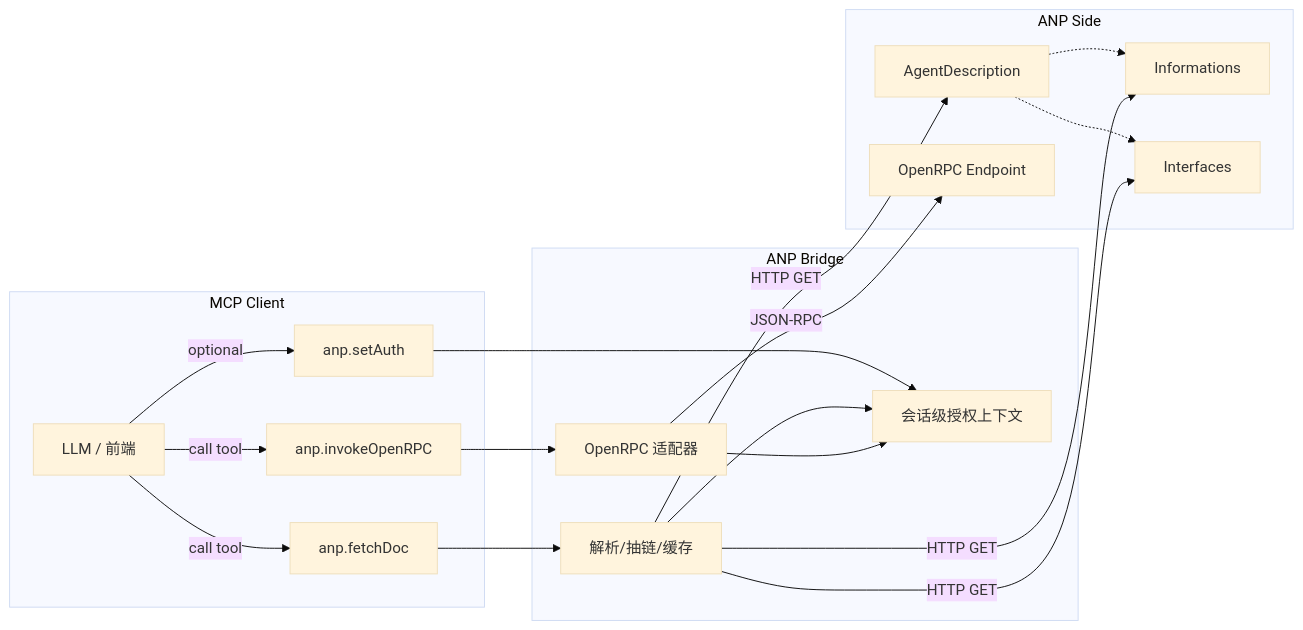
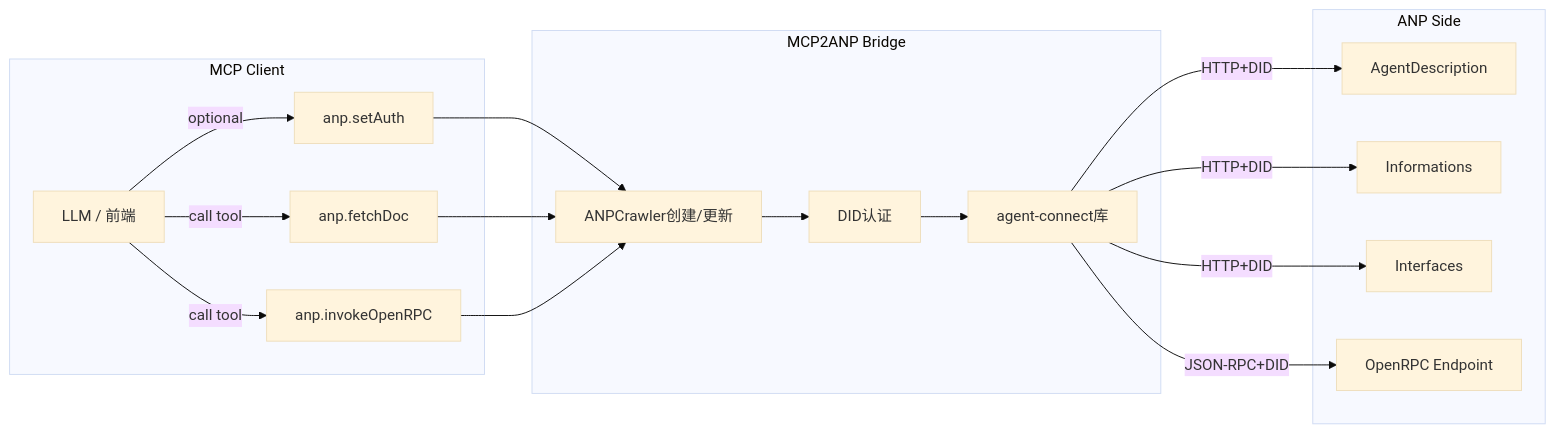
One commit to agent-network-protocol/mcp2anp changed the diagram in README.md. Above: the diagram before and after it, drawn with Mermaid (base theme). The commit also changed other lines of this file and 22 other files, not shown here.

````diff
--- a/README.md
+++ b/README.md
@@ -23,25 +23,23 @@
 ```mermaid
 flowchart LR
     subgraph MCP Client
       U[LLM / 前端] -->|call tool| T1[anp.fetchDoc]
       U -->|call tool| T2[anp.invokeOpenRPC]
       U -->|optional| T0[anp.setAuth]
     end
 
-    subgraph ANP Bridge
-      T1 --> P1[解析/抽链/缓存]
-      T2 --> A1[OpenRPC 适配器]
-      T0 --> S1[会话级授权上下文]
-      P1 --> S1
-      A1 --> S1
+    subgraph MCP2ANP Bridge
+      T0 --> AC[ANPCrawler创建/更新]
+      T1 --> AC
+      T2 --> AC
+      AC --> DID[DID认证]
+      DID --> AGL[agent-connect库]
     end
 
     subgraph ANP Side
-      D1[AgentDescription] -.-> D2[Informations]
-      D1 -.-> D3[Interfaces]
-      A1 -->|JSON-RPC| E1[OpenRPC Endpoint]
-      P1 -->|HTTP GET| D1
-      P1 -->|HTTP GET| D2
-      P1 -->|HTTP GET| D3
+      AGL -->|HTTP+DID| D1[AgentDescription]
+      AGL -->|HTTP+DID| D2[Informations]
+      AGL -->|HTTP+DID| D3[Interfaces]
+      AGL -->|JSON-RPC+DID| E1[OpenRPC Endpoint]
     end
 ```
````
